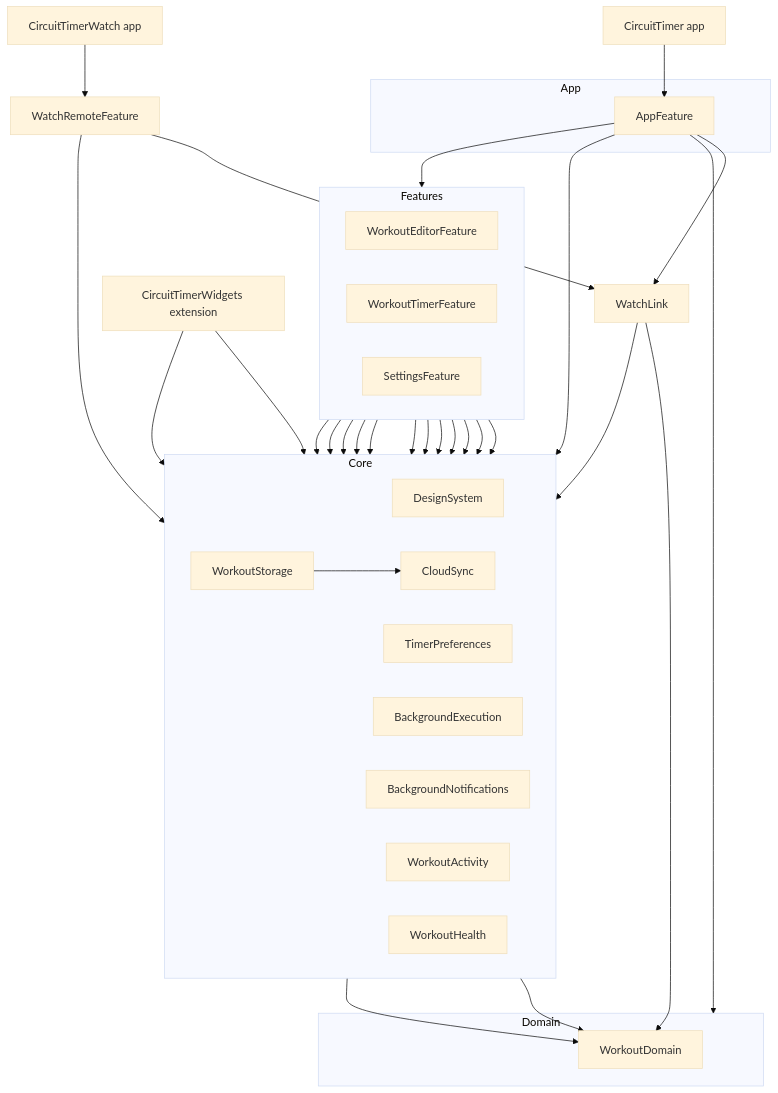
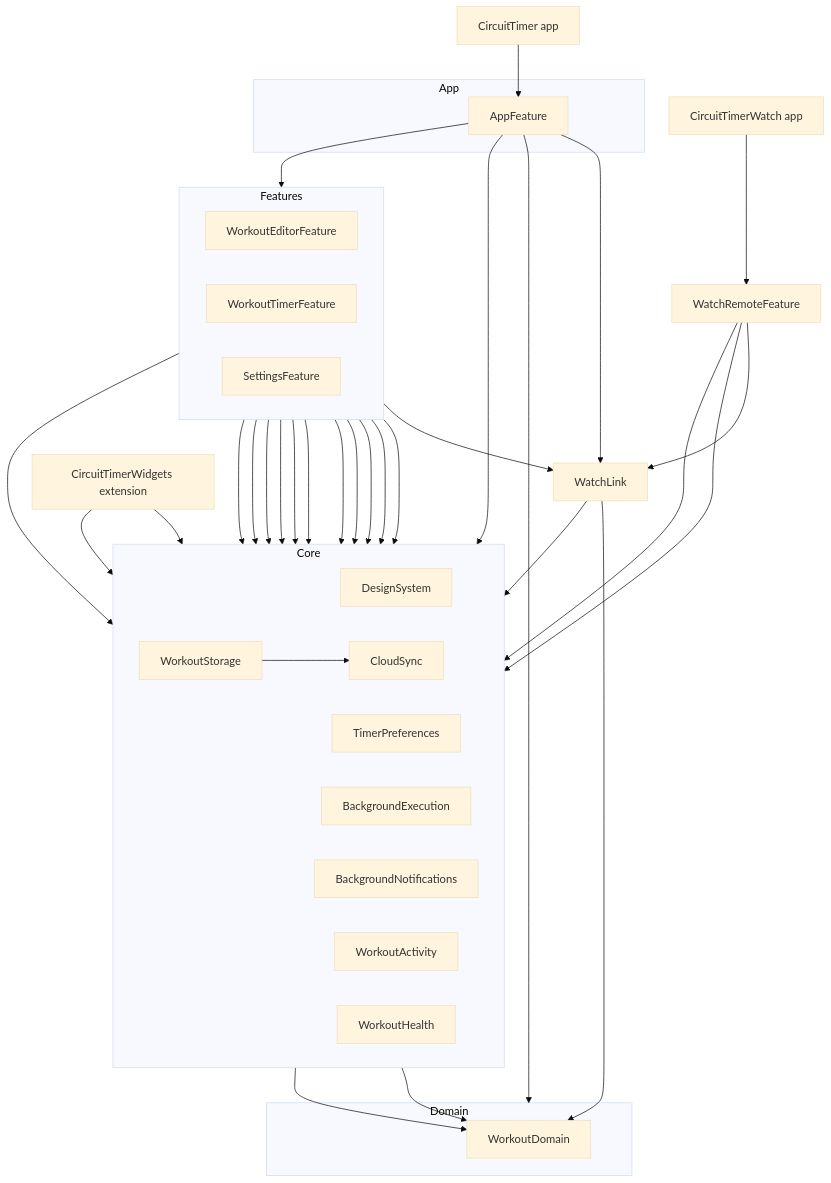
The diagram in README.md (akrementsov/CircuitTimer), drawn with Mermaid (base theme) before and after one commit. The commit also changed other lines of this file and 58 other files, not shown here.

First line of the commit message:
CT-9-3: Show the running workout on the watch (#49)

````diff
--- a/README.md
+++ b/README.md
@@ -101,60 +101,62 @@
 ```mermaid
 flowchart TD
     Shell["CircuitTimer app"] --> AppFeature
 
     subgraph AppLayer["App"]
         AppFeature
     end
 
     subgraph Features
         direction LR
         WorkoutEditorFeature
         WorkoutTimerFeature
         SettingsFeature
     end
 
     subgraph Core
         direction LR
         DesignSystem
         WorkoutStorage
         TimerPreferences
         BackgroundExecution
         BackgroundNotifications
         WorkoutActivity
         WorkoutHealth
         CloudSync
     end
 
     subgraph Domain
         WorkoutDomain
     end
 
     AppFeature --> Features
     AppFeature --> Core
     AppFeature --> Domain
     WorkoutEditorFeature --> DesignSystem
     WorkoutEditorFeature --> WorkoutStorage
     WorkoutTimerFeature --> DesignSystem
     WorkoutTimerFeature --> WorkoutStorage
     WorkoutTimerFeature --> TimerPreferences
     WorkoutTimerFeature --> BackgroundExecution
     SettingsFeature --> DesignSystem
     SettingsFeature --> TimerPreferences
     SettingsFeature --> CloudSync
     WorkoutTimerFeature --> BackgroundNotifications
     WorkoutTimerFeature --> WorkoutActivity
     WorkoutTimerFeature --> WorkoutHealth
+    WorkoutTimerFeature --> WatchLink
     WorkoutStorage --> WorkoutDomain
     WorkoutStorage --> CloudSync
     WorkoutActivity --> WorkoutDomain
 
     Widgets["CircuitTimerWidgets extension"] --> WorkoutActivity
     Widgets --> DesignSystem
 
     Watch["CircuitTimerWatch app"] --> WatchRemoteFeature
     WatchRemoteFeature --> DesignSystem
     WatchRemoteFeature --> WatchLink
+    WatchRemoteFeature --> WorkoutActivity
     AppFeature --> WatchLink
     WatchLink --> WorkoutActivity
     WatchLink --> WorkoutDomain
 ```
````
